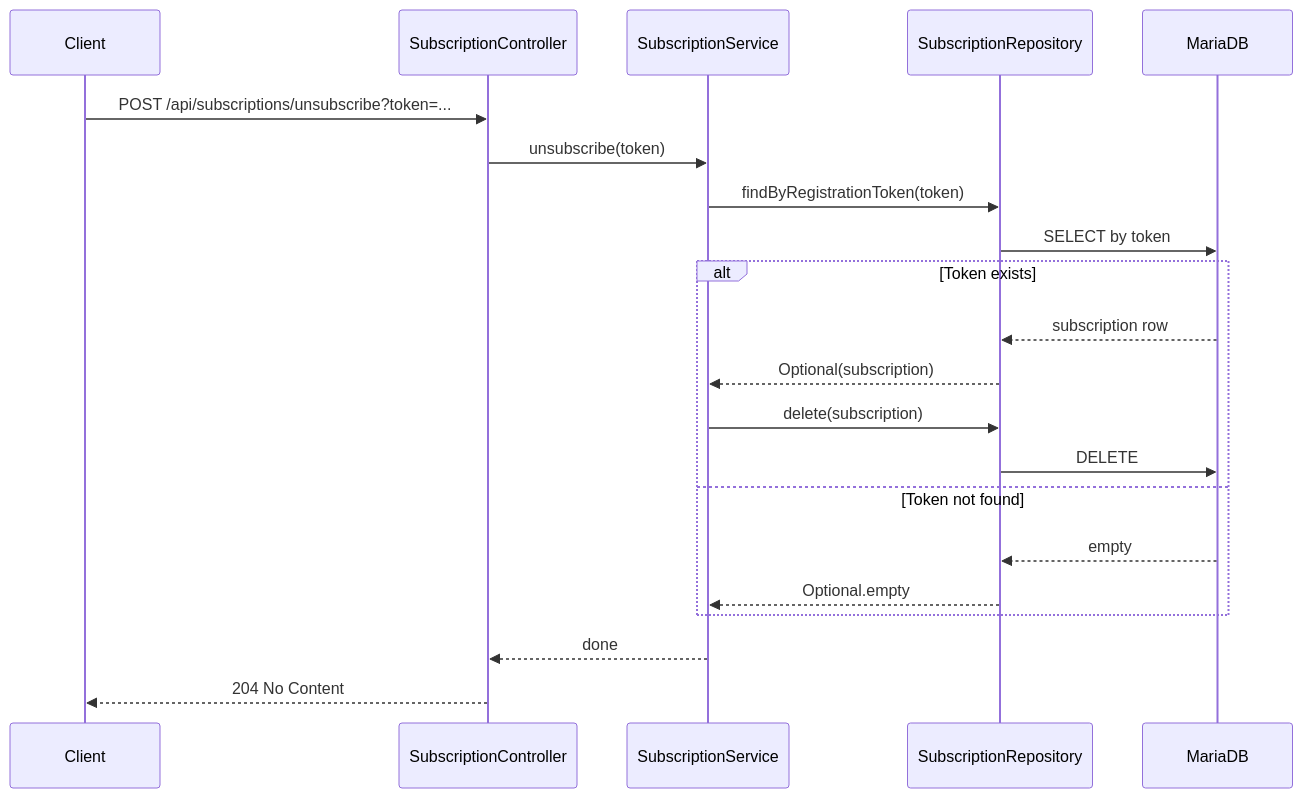
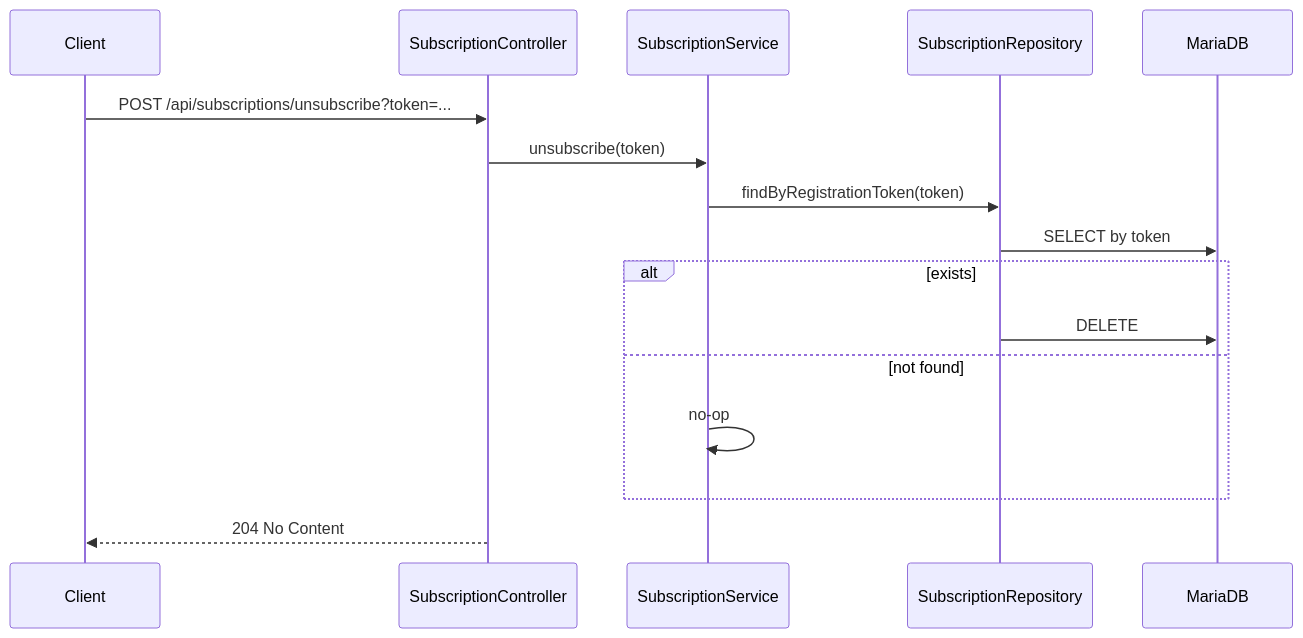
One commit to martinrevert/fcm-push-springboot-aot-GraalVM-multiarch changed the third of 5 diagrams in README.md. Above: the diagram before and after it, drawn with Mermaid. The commit also changed other lines of this file, not shown here.

Commit message:
docs: update README to clarify FCM notifications, enhance service flow descriptions, and improve configuration details

````diff
--- a/README.md
+++ b/README.md
@@ -94,24 +91,19 @@
 ```mermaid
 sequenceDiagram
-    participant Client
-    participant Controller as SubscriptionController
-    participant Service as SubscriptionService
+    participant C as Client
+    participant Ctrl as SubscriptionController
+    participant Svc as SubscriptionService
     participant Repo as SubscriptionRepository
     participant DB as MariaDB
 
-    Client->>Controller: POST /api/subscriptions/unsubscribe?token=...
-    Controller->>Service: unsubscribe(token)
-    Service->>Repo: findByRegistrationToken(token)
+    C->>Ctrl: POST /api/subscriptions/unsubscribe?token=...
+    Ctrl->>Svc: unsubscribe(token)
+    Svc->>Repo: findByRegistrationToken(token)
     Repo->>DB: SELECT by token
-    alt Token exists
-        DB-->>Repo: subscription row
-        Repo-->>Service: Optional(subscription)
-        Service->>Repo: delete(subscription)
+    alt exists
         Repo->>DB: DELETE
-    else Token not found
-        DB-->>Repo: empty
-        Repo-->>Service: Optional.empty
+    else not found
+        Svc->>Svc: no-op
     end
-    Service-->>Controller: done
-    Controller-->>Client: 204 No Content
+    Ctrl-->>C: 204 No Content
 ```
````
